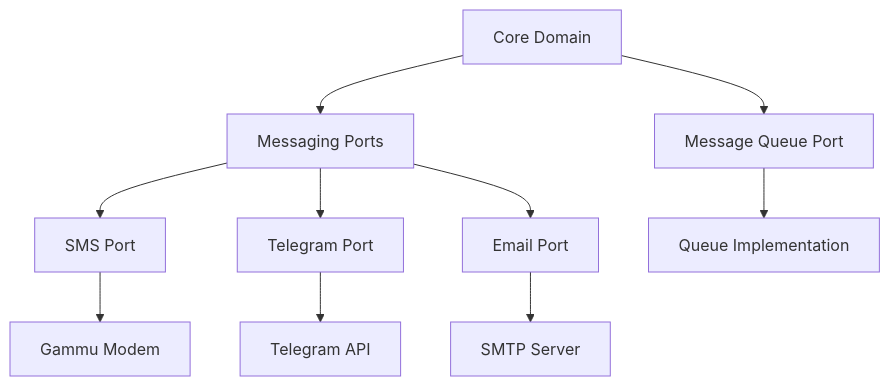
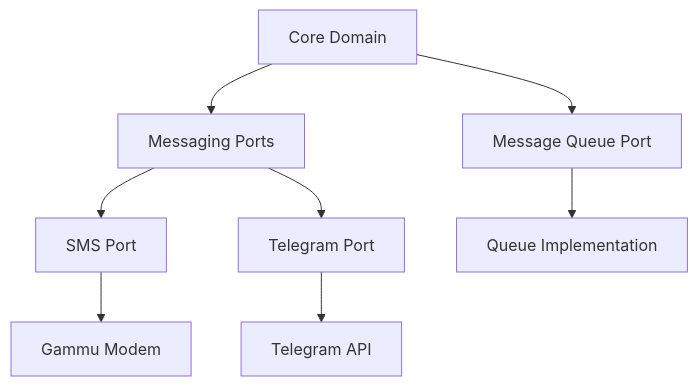
The first of 2 diagrams in docs/ARCHITECTURE.md (atr0s/sms-gateway), drawn with Mermaid before and after one commit. The commit also changed other lines of this file and 1 other file, not shown here.

Commit message:
docs: remove email references from documentation

````diff
--- a/docs/ARCHITECTURE.md
+++ b/docs/ARCHITECTURE.md
@@ -86,15 +79,13 @@
 ```mermaid
 graph TD
     A[Core Domain] --> B[Message Queue Port]
     A --> C[Messaging Ports]
     
     C --> D[SMS Port]
     C --> E[Telegram Port]
-    C --> F[Email Port]
     
     D --> G[Gammu Modem]
     E --> H[Telegram API]
-    F --> I[SMTP Server]
     
     B --> J[Queue Implementation]
 ```
````
